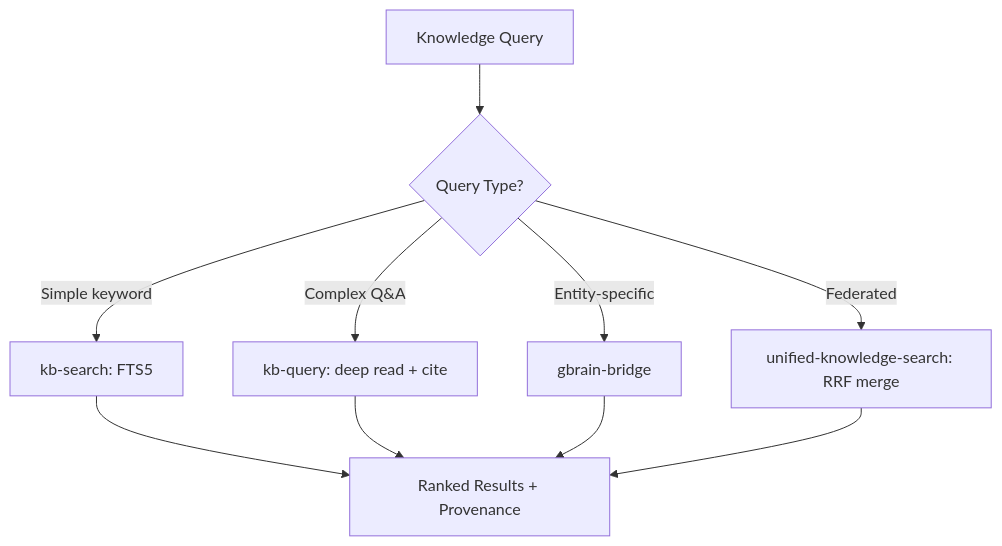
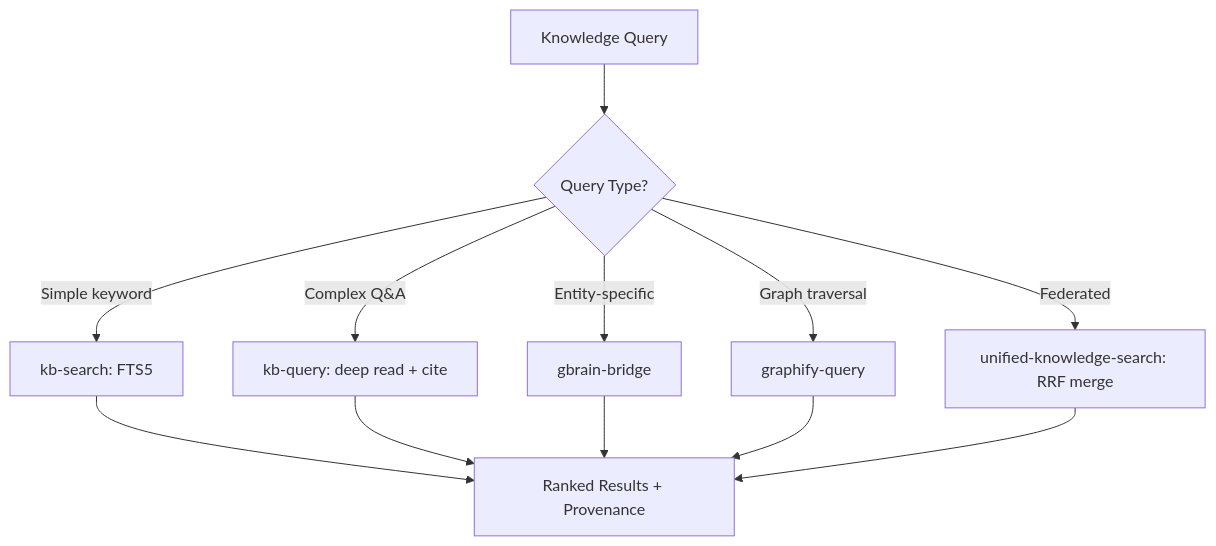
Before and after one commit to sylvanus4/github-to-notion-sync: the diagram in .cursor/skills/agents/knowledge-retrieval-agent/SKILL.md, drawn with Mermaid. The commit also changed other lines of this file and 63 other files, not shown here.

````diff
--- a/.cursor/skills/agents/knowledge-retrieval-agent/SKILL.md
+++ b/.cursor/skills/agents/knowledge-retrieval-agent/SKILL.md
@@ -30,12 +31,14 @@
 ```mermaid
 flowchart TD
     A[Knowledge Query] --> B{Query Type?}
     B -->|Simple keyword| C[kb-search: FTS5]
     B -->|Complex Q&A| D[kb-query: deep read + cite]
     B -->|Entity-specific| E[gbrain-bridge]
+    B -->|Graph traversal| F[graphify-query]
     B -->|Federated| G[unified-knowledge-search: RRF merge]
     C --> H[Ranked Results + Provenance]
     D --> H
     E --> H
+    F --> H
     G --> H
 ```
````
